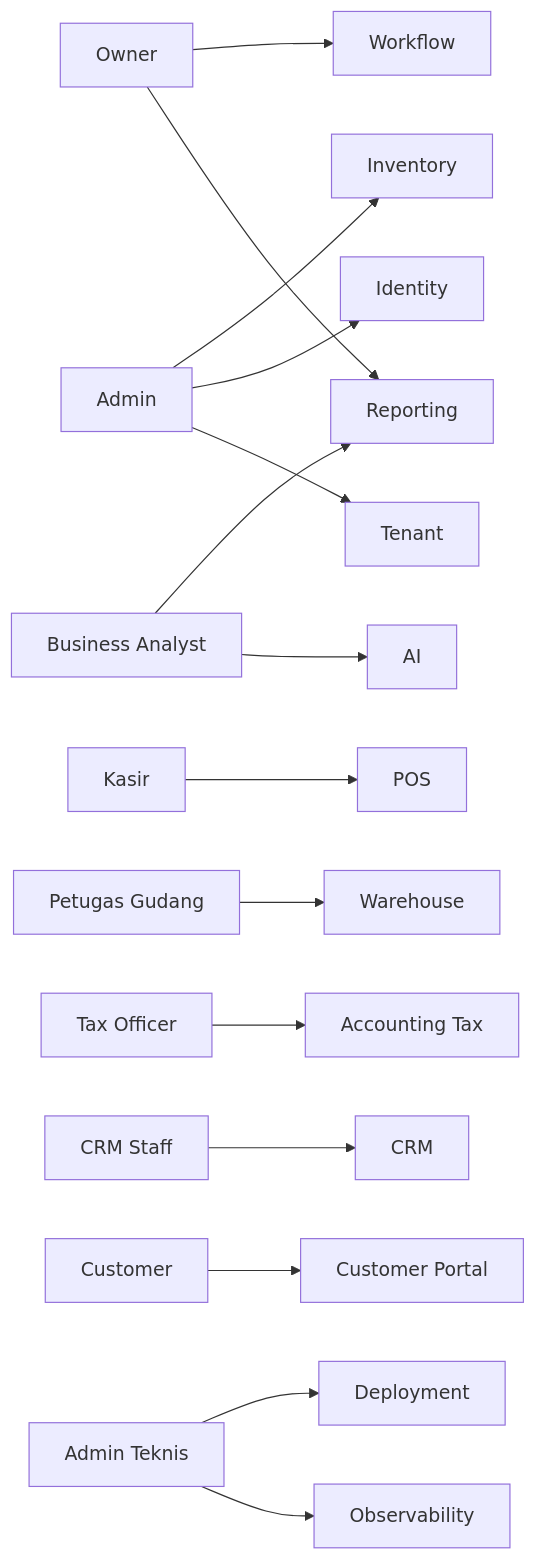
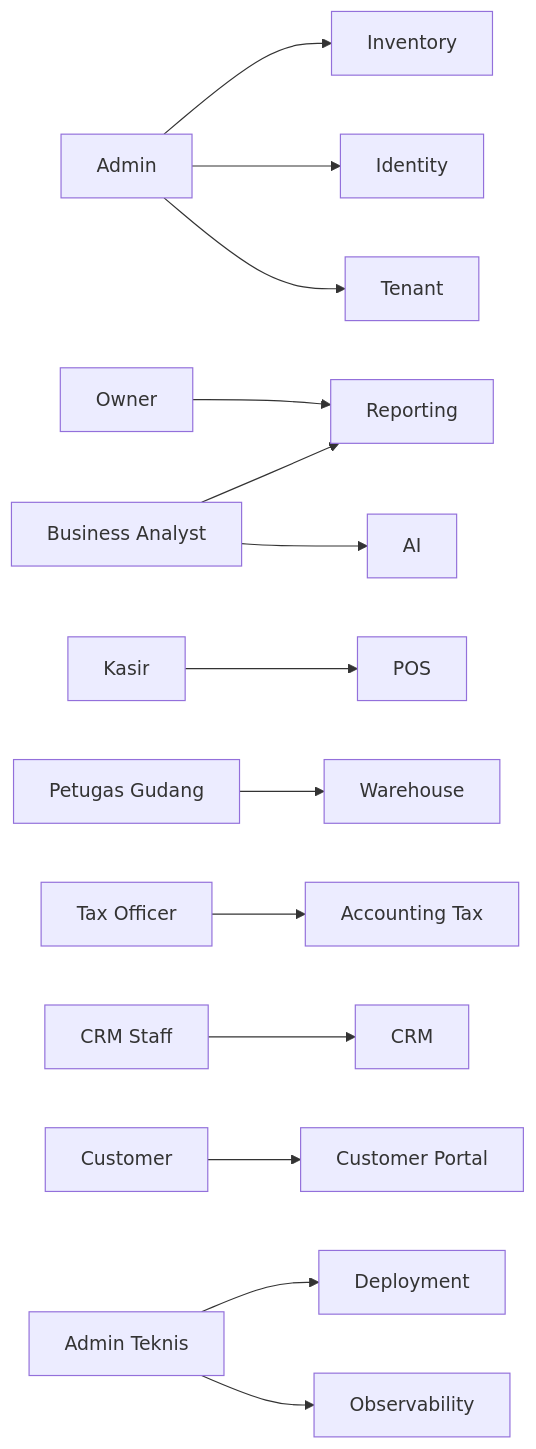
Before and after one commit to ahliweb/awcms-micro: the first of 2 diagrams in docs/awcms-micro/02_prd_detail_per_modul.md, drawn with Mermaid. The commit also changed other lines of this file and 45 other files, not shown here.

First line of the commit message:
docs(scope): remove unported ERP modules from active architecture, ERD, SOP, threat-model, and governance docs (#263) (#277)

````diff
--- a/docs/awcms-micro/02_prd_detail_per_modul.md
+++ b/docs/awcms-micro/02_prd_detail_per_modul.md
@@ -11,12 +11,12 @@
 ```mermaid
 flowchart LR
-  Owner --> Reporting & Workflow
+  Owner --> Reporting
   Admin --> Tenant & Identity & Inventory
   Kasir --> POS
   Gudang[Petugas Gudang] --> Warehouse
   Tax[Tax Officer] --> AccountingTax[Accounting Tax]
   CRMs[CRM Staff] --> CRM
   Analyst[Business Analyst] --> AI & Reporting
   Customer --> Portal[Customer Portal]
   Teknis[Admin Teknis] --> Observability & Deployment
 ```
````
